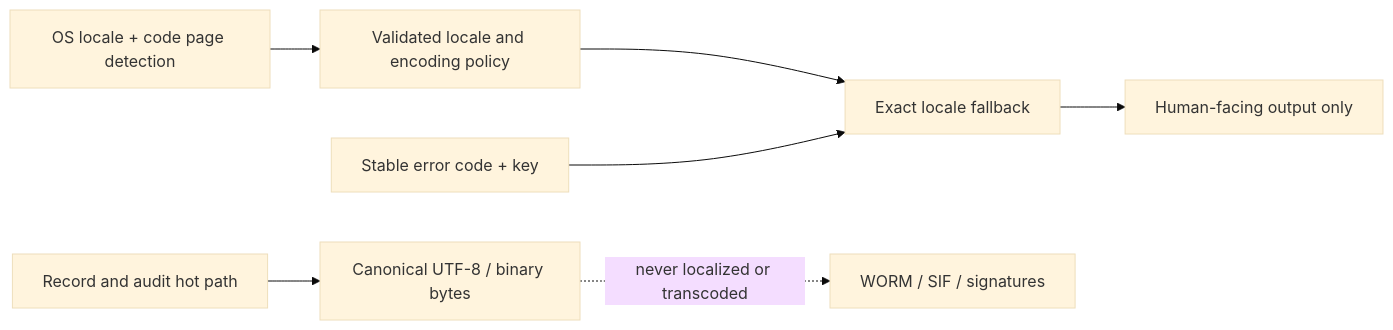
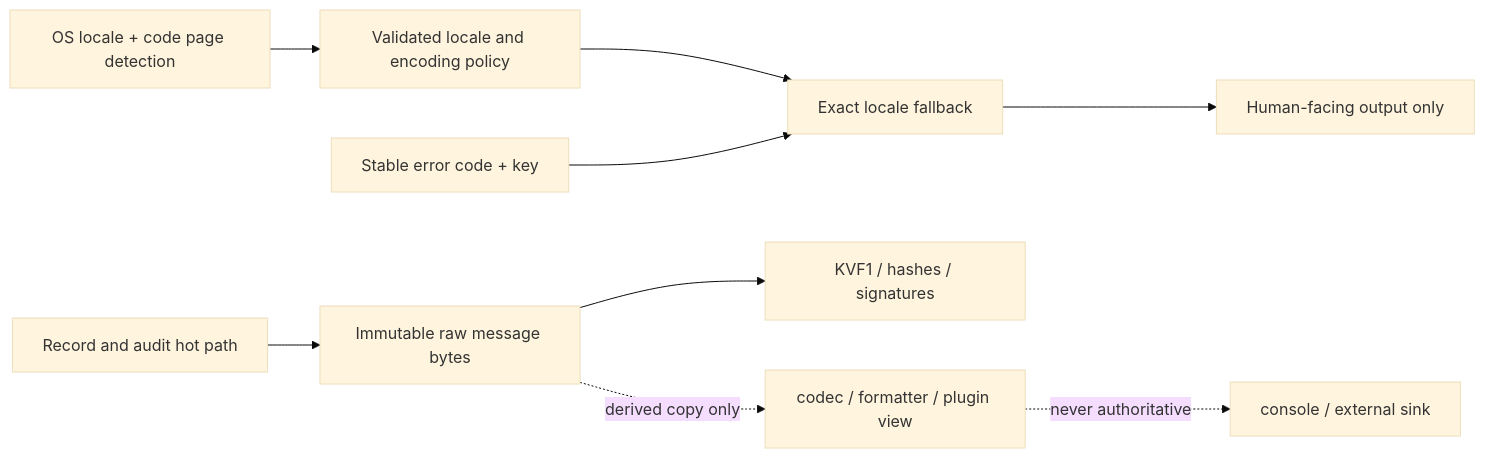
The diagram in docs/en_US/guides/LocalizationArchitecture.md (nekolio/DoLogger), drawn with Mermaid (base theme) before and after one commit. The commit also changed other lines of this file and 66 other files, not shown here.

First line of the commit message:
feat(core): preserve raw payloads and close codec boundaries

````diff
--- a/docs/en_US/guides/LocalizationArchitecture.md
+++ b/docs/en_US/guides/LocalizationArchitecture.md
@@ -21,10 +21,12 @@
 ```mermaid
 %% Use the repository source file for the full diagram.
 flowchart LR
     A[OS locale + code page detection] --> B[Validated locale and encoding policy]
     B --> C[Exact locale fallback]
     C --> D[Human-facing output only]
     E[Stable error code + key] --> C
-    F[Record and audit hot path] --> G[Canonical UTF-8 / binary bytes]
-    G -. never localized or transcoded .-> H[WORM / SIF / signatures]
+    F[Record and audit hot path] --> G[Immutable raw message bytes]
+    G --> H[KVF1 / hashes / signatures]
+    G -. derived copy only .-> I[codec / formatter / plugin view]
+    I -. never authoritative .-> J[console / external sink]
 ```
````
